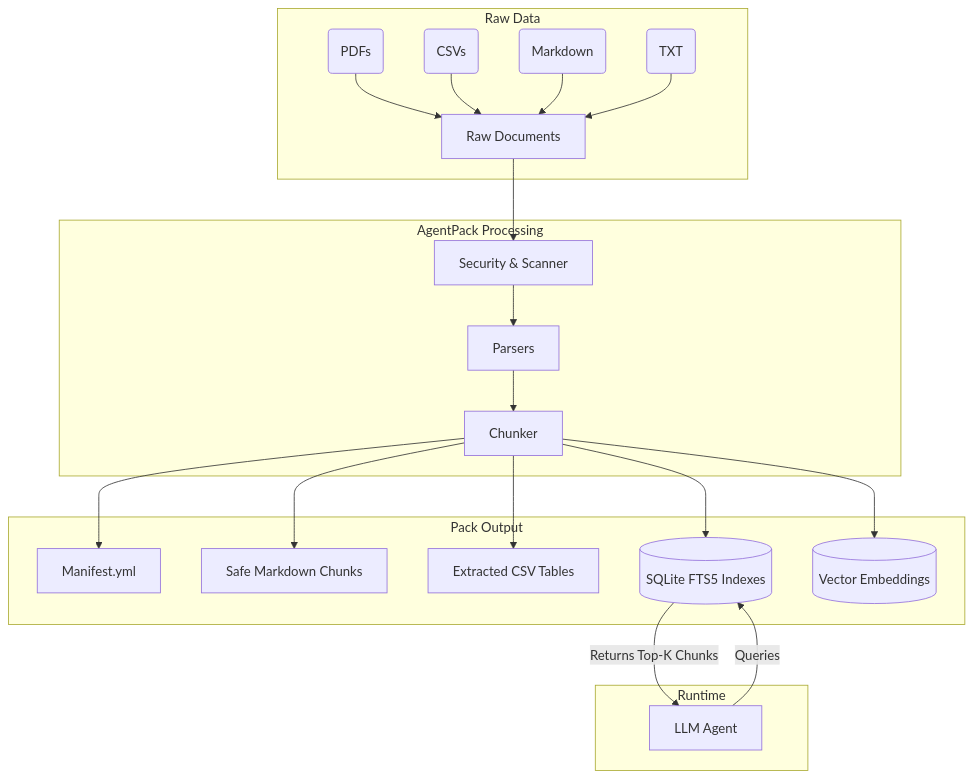
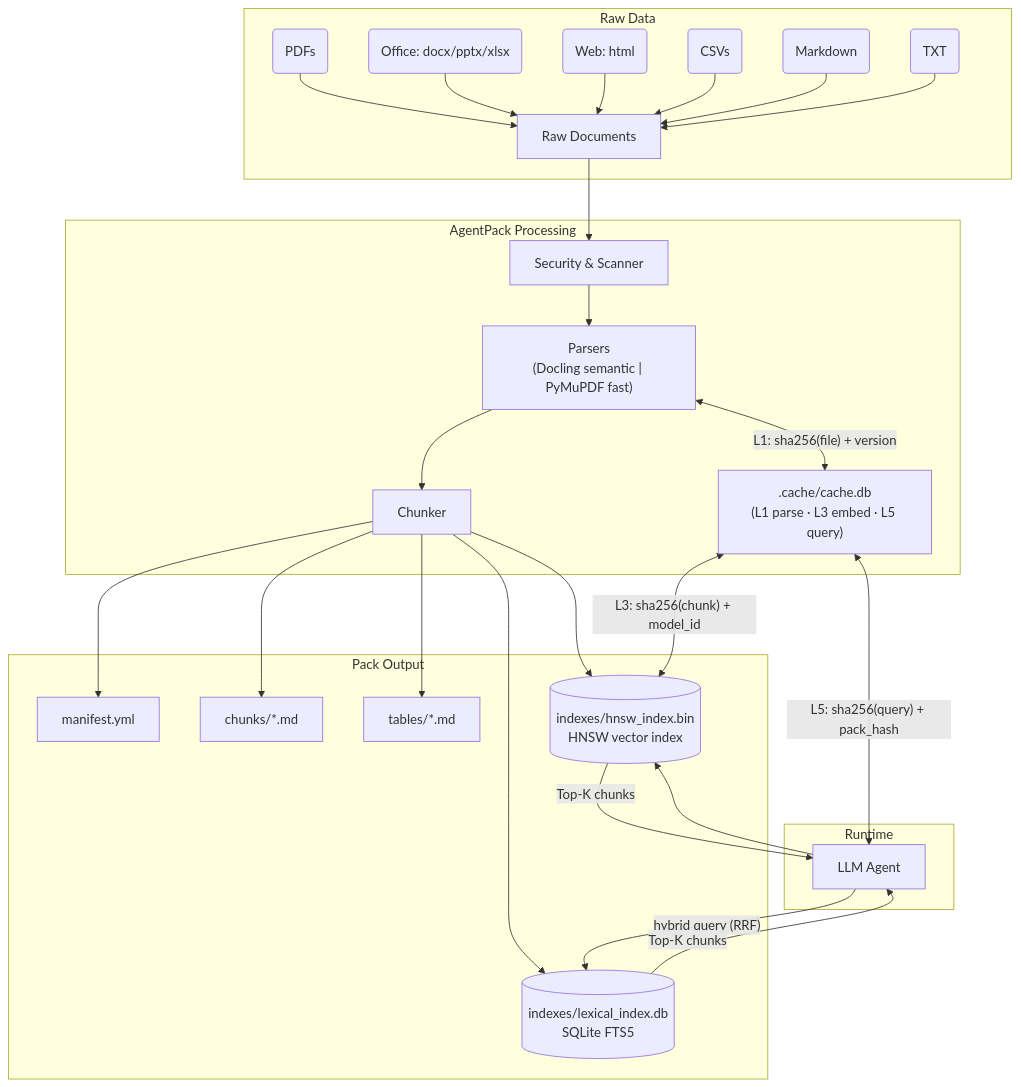
One commit to Vedant1202/agentpack changed the diagram in docs/architecture.md. Above: the diagram before and after it, drawn with Mermaid. The commit also changed other lines of this file and 15 other files, not shown here.

````diff
--- a/docs/architecture.md
+++ b/docs/architecture.md
@@ -7,39 +7,47 @@
 ```mermaid
 flowchart TD
     subgraph Raw Data
         A[Raw Documents]
         A1(PDFs) --> A
-        A2(CSVs) --> A
-        A3(Markdown) --> A
-        A4(TXT) --> A
+        A2(Office: docx/pptx/xlsx) --> A
+        A3(Web: html) --> A
+        A4(CSVs) --> A
+        A5(Markdown) --> A
+        A6(TXT) --> A
     end
 
     subgraph AgentPack Processing
         S[Security & Scanner]
         A --> S
-        B[Parsers]
+        B["Parsers\n(Docling semantic | PyMuPDF fast)"]
         S --> B
+        CA[".cache/cache.db\n(L1 parse · L3 embed · L5 query)"]
+        B <-->|"L1: sha256(file) + version"| CA
         C[Chunker]
         B --> C
     end
 
     subgraph Pack Output
-        D[Manifest.yml]
-        E[Safe Markdown Chunks]
-        F[Extracted CSV Tables]
-        G[(SQLite FTS5 Indexes)]
-        V[(Vector Embeddings)]
-        
+        D[manifest.yml]
+        E[chunks/*.md]
+        F[tables/*.md]
+        G[(indexes/lexical_index.db\nSQLite FTS5)]
+        V[(indexes/hnsw_index.bin\nHNSW vector index)]
+
         C --> D
         C --> E
         C --> F
         C --> G
         C --> V
+        CA <-->|"L3: sha256(chunk) + model_id"| V
     end
 
     subgraph Runtime
         H[LLM Agent]
-        H -->|Queries| G
-        G -->|Returns Top-K Chunks| H
+        H -->|"hybrid query (RRF)"| G
+        H --> V
+        G -->|Top-K chunks| H
+        V -->|Top-K chunks| H
+        CA <-->|"L5: sha256(query) + pack_hash"| H
     end
 ```
````
